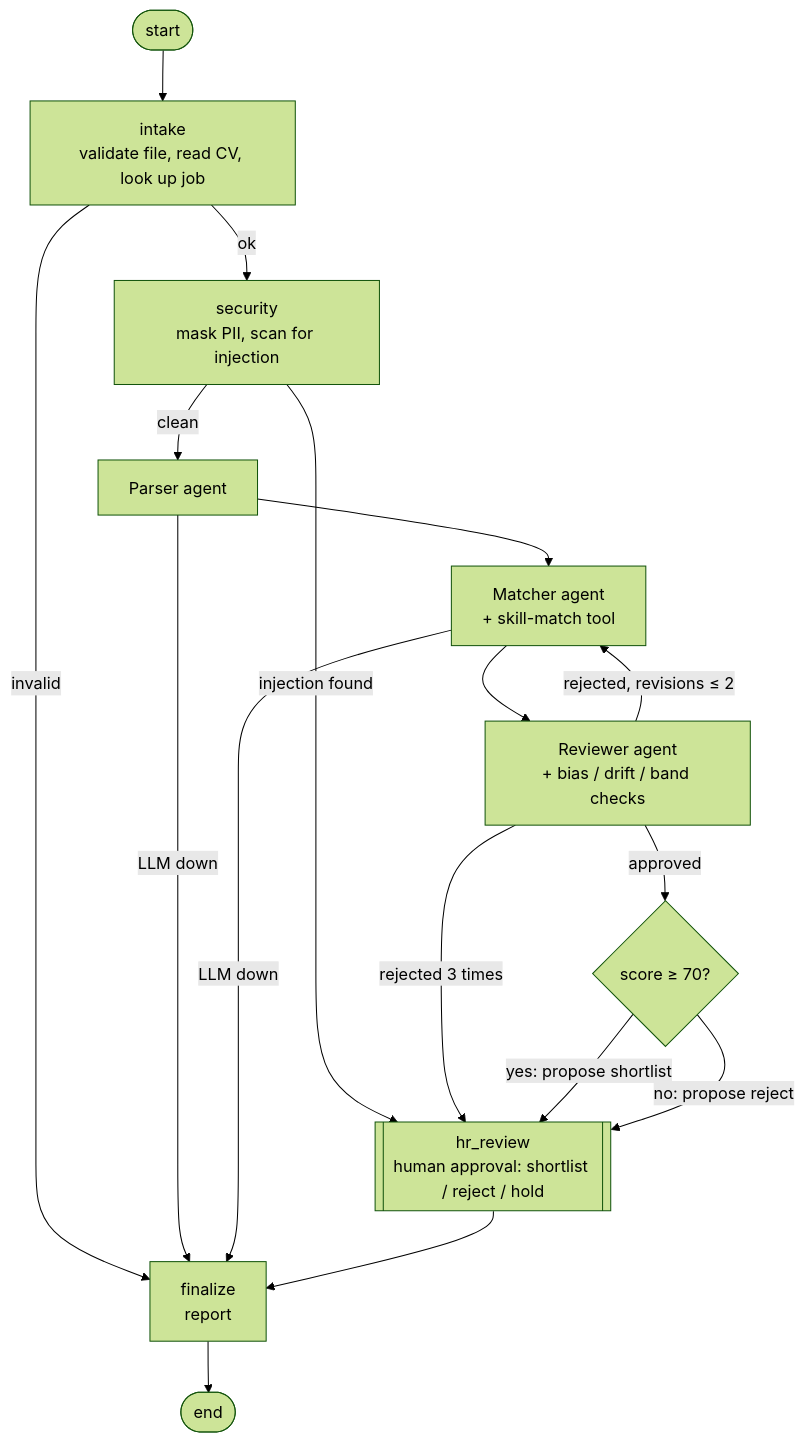
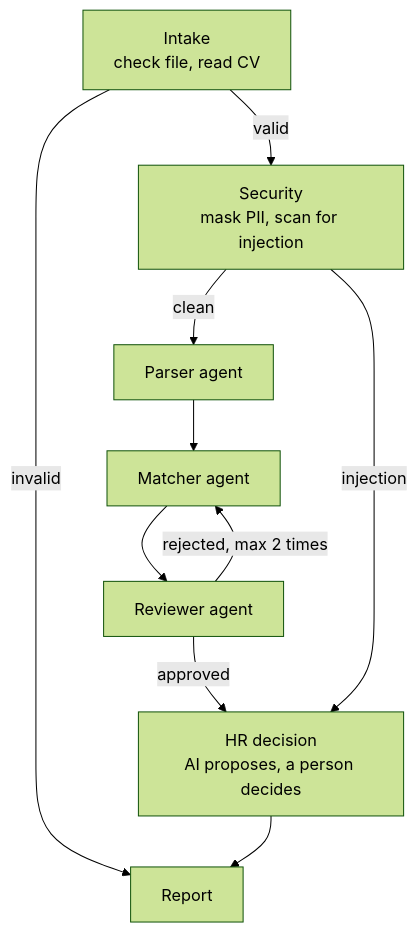
Before and after one commit to OmarAfet/sdaia-agentic-ai-cv-reviewer: the second of 2 diagrams in README.md, drawn with Mermaid (forest theme). The commit also changed other lines of this file and 3 other files, not shown here.

First line of the commit message:
docs: step-by-step Colab notebook, pre-made CVs, simpler diagrams

````diff
--- a/README.md
+++ b/README.md
@@ -102,19 +77,12 @@
 ```mermaid
 flowchart TD
-    S([start]) --> I[intake<br/>validate file, read CV, look up job]
-    I -->|invalid| F[finalize<br/>report]
-    I -->|ok| SEC[security<br/>mask PII, scan for injection]
-    SEC -->|injection found| HR
-    SEC -->|clean| PA[Parser agent]
-    PA -->|LLM down| F
-    PA --> M[Matcher agent<br/>+ skill-match tool]
-    M -->|LLM down| F
-    M --> RV[Reviewer agent<br/>+ bias / drift / band checks]
-    RV -->|rejected, revisions ≤ 2| M
-    RV -->|rejected 3 times| HR
-    RV -->|approved| D{score ≥ 70?}
-    D -->|yes: propose shortlist| HR
-    D -->|no: propose reject| HR
-    HR[[hr_review<br/>human approval: shortlist / reject / hold]] --> F
-    F --> E([end])
+    A[Intake<br/>check file, read CV] -->|valid| B[Security<br/>mask PII, scan for injection]
+    B -->|clean| C[Parser agent]
+    C --> D[Matcher agent]
+    D --> E[Reviewer agent]
+    E -->|rejected, max 2 times| D
+    E -->|approved| F[HR decision<br/>AI proposes, a person decides]
+    B -->|injection| F
+    A -->|invalid| G[Report]
+    F --> G
 ```
````
